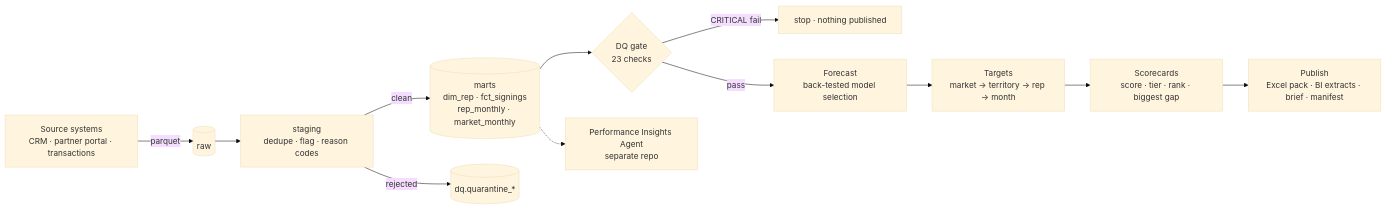
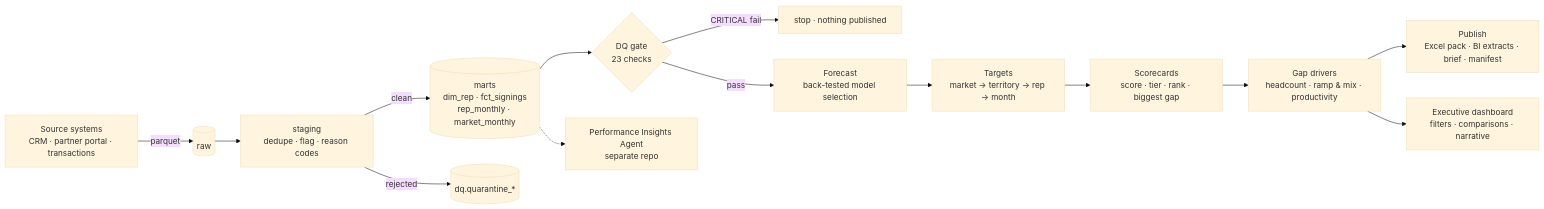
Before and after one commit to geniusishan/field-performance-hub: the diagram in README.md, drawn with Mermaid (base theme). The commit also changed other lines of this file and 21 other files, not shown here.

Commit message:
Add gap-driver analysis and executive dashboard; model attrition, role-fair targets, bias-corrected forecasts

````diff
--- a/README.md
+++ b/README.md
@@ -34,14 +36,16 @@
 ```mermaid
 flowchart LR
     A[Source systems<br/>CRM · partner portal · transactions] -->|parquet| B[(raw)]
     B --> C[staging<br/>dedupe · flag · reason codes]
     C -->|clean| D[(marts<br/>dim_rep · fct_signings<br/>rep_monthly · market_monthly)]
     C -->|rejected| Q[(dq.quarantine_*)]
     D --> G{DQ gate<br/>23 checks}
     G -->|CRITICAL fail| X[stop · nothing published]
     G -->|pass| F[Forecast<br/>back-tested model selection]
     F --> T[Targets<br/>market → territory → rep → month]
     T --> S[Scorecards<br/>score · tier · rank · biggest gap]
-    S --> P[Publish<br/>Excel pack · BI extracts · brief · manifest]
+    S --> GD[Gap drivers<br/>headcount · ramp & mix · productivity]
+    GD --> P[Publish<br/>Excel pack · BI extracts · brief · manifest]
+    GD --> DB[Executive dashboard<br/>filters · comparisons · narrative]
     D -.-> AI[Performance Insights Agent<br/>separate repo]
 ```
````
